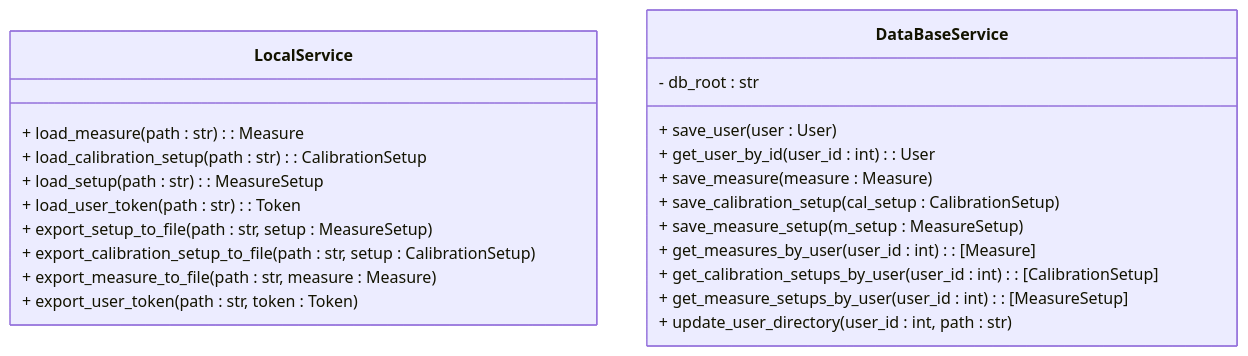
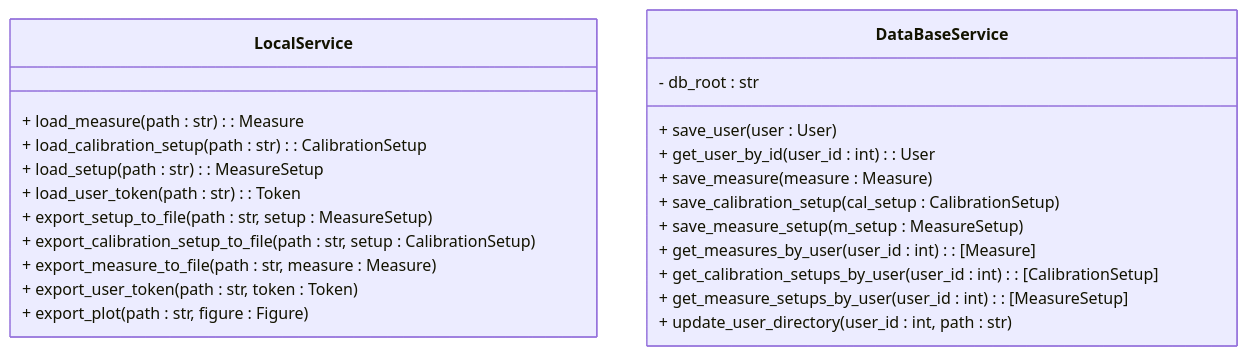
The tenth of 15 diagrams in Gmini-MarkDown/Diagramas/Diagramas de Clases.md (alegrelias/Repo-GMini), drawn with Mermaid before and after one commit. The commit also changed other lines of this file, not shown here.

````diff
--- a/Gmini-MarkDown/Diagramas/Diagramas de Clases.md
+++ b/Gmini-MarkDown/Diagramas/Diagramas de Clases.md
@@ -765,30 +766,31 @@
 ```mermaid
 classDiagram
 
 %% persistencia
 class LocalService{
 	%% operaciones en archivos
 	+ load_measure(path : str) : Measure
 	+ load_calibration_setup(path : str) : CalibrationSetup
 	+ load_setup(path : str) : MeasureSetup
 	+ load_user_token(path : str) : Token
 	+ export_setup_to_file(path : str, setup : MeasureSetup)
 	+ export_calibration_setup_to_file(path : str, setup : CalibrationSetup)
-	+  export_measure_to_file(path : str, measure : Measure)
+	+ export_measure_to_file(path : str, measure : Measure)
 	+ export_user_token(path : str, token : Token)
+	+ export_plot(path : str, figure : Figure)
 }
 class DataBaseService{
 	- db_root : str
 	%% operaciones en db
 	+ save_user(user : User)
 	+ get_user_by_id(user_id : int): User
 	+ save_measure(measure : Measure)
 	+ save_calibration_setup(cal_setup : CalibrationSetup)
 	+ save_measure_setup(m_setup : MeasureSetup)
 	+ get_measures_by_user(user_id : int) : [Measure]
 	+ get_calibration_setups_by_user(user_id : int) : [CalibrationSetup]
 	+ get_measure_setups_by_user(user_id : int) : [MeasureSetup]
 	+ update_user_directory(user_id : int, path : str) 
 }
 
 ```
````
